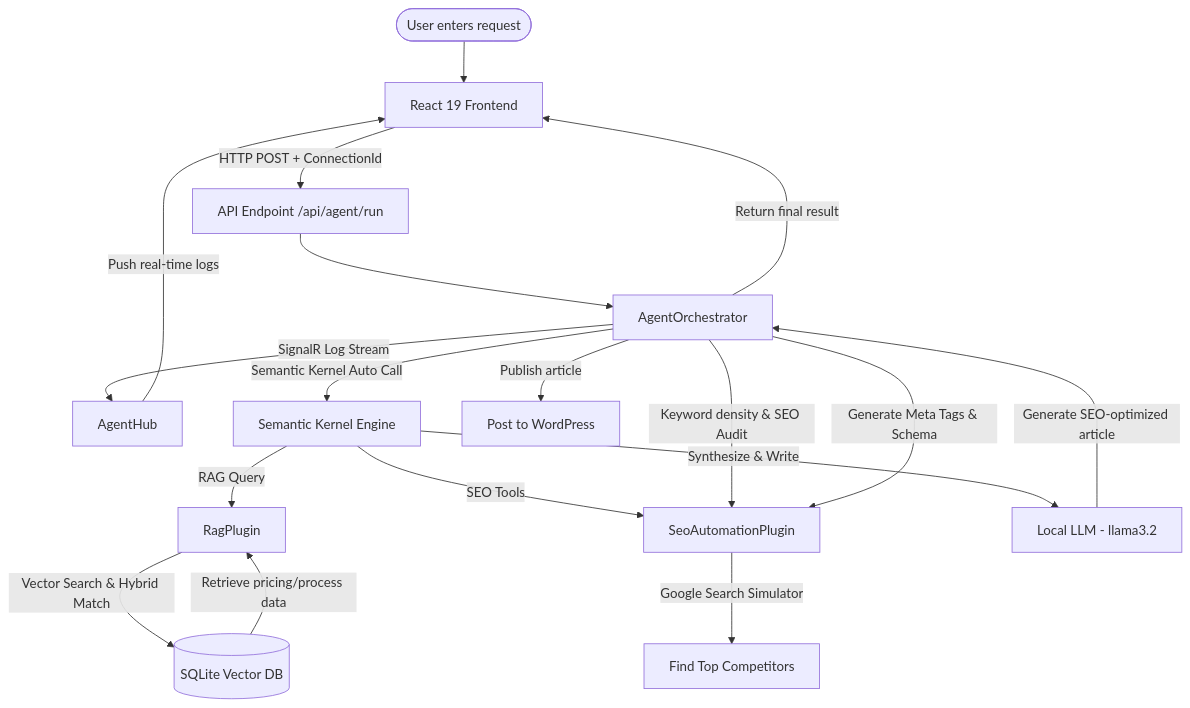
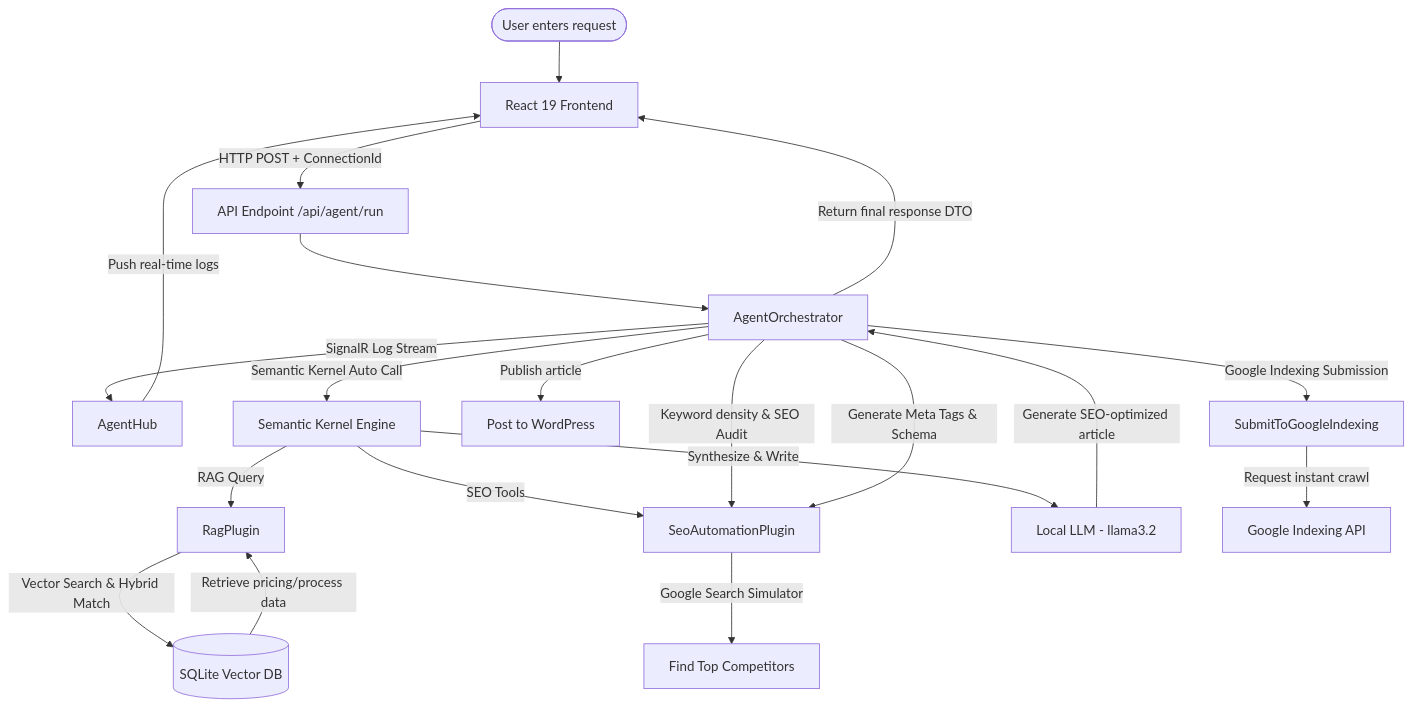
Before and after one commit to RLnofell/seo-ai-platform: the diagram in README.md, drawn with Mermaid. The commit also changed other lines of this file, not shown here.

Commit message:
docs: update README with Google Indexing flow and Linear design system details

````diff
--- a/README.md
+++ b/README.md
@@ -30,25 +42,28 @@
 ```mermaid
 graph TD
     User([User enters request]) --> App[React 19 Frontend]
     App -->|HTTP POST + ConnectionId| API[API Endpoint /api/agent/run]
     API --> Orchestrator[AgentOrchestrator]
     Orchestrator -->|SignalR Log Stream| Hub[AgentHub]
     Hub -->|Push real-time logs| App
     
     Orchestrator -->|Semantic Kernel Auto Call| Kernel[Semantic Kernel Engine]
     Kernel -->|RAG Query| RagPlugin[RagPlugin]
     RagPlugin -->|Vector Search & Hybrid Match| SQLite[(SQLite Vector DB)]
     SQLite -->|Retrieve pricing/process data| RagPlugin
     
     Kernel -->|SEO Tools| SeoPlugin[SeoAutomationPlugin]
     SeoPlugin -->|Google Search Simulator| Competitors[Find Top Competitors]
     
     Kernel -->|Synthesize & Write| LLM[Local LLM - llama3.2]
     LLM -->|Generate SEO-optimized article| Orchestrator
     
     Orchestrator -->|Keyword density & SEO Audit| SeoPlugin
     Orchestrator -->|Generate Meta Tags & Schema| SeoPlugin
     Orchestrator -->|Publish article| WP[Post to WordPress]
     
-    Orchestrator -->|Return final result| App
+    Orchestrator -->|Google Indexing Submission| Indexer[SubmitToGoogleIndexing]
+    Indexer -->|Request instant crawl| GoogleAPI[Google Indexing API]
+    
+    Orchestrator -->|Return final response DTO| App
 ```
````
